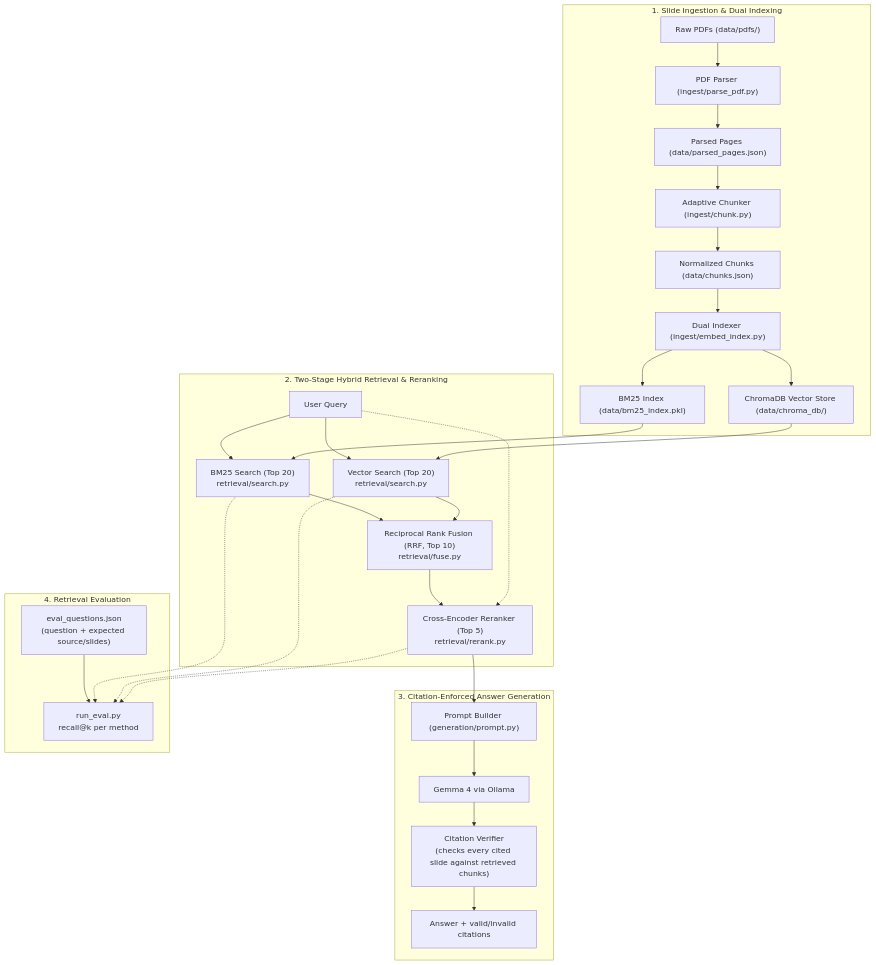
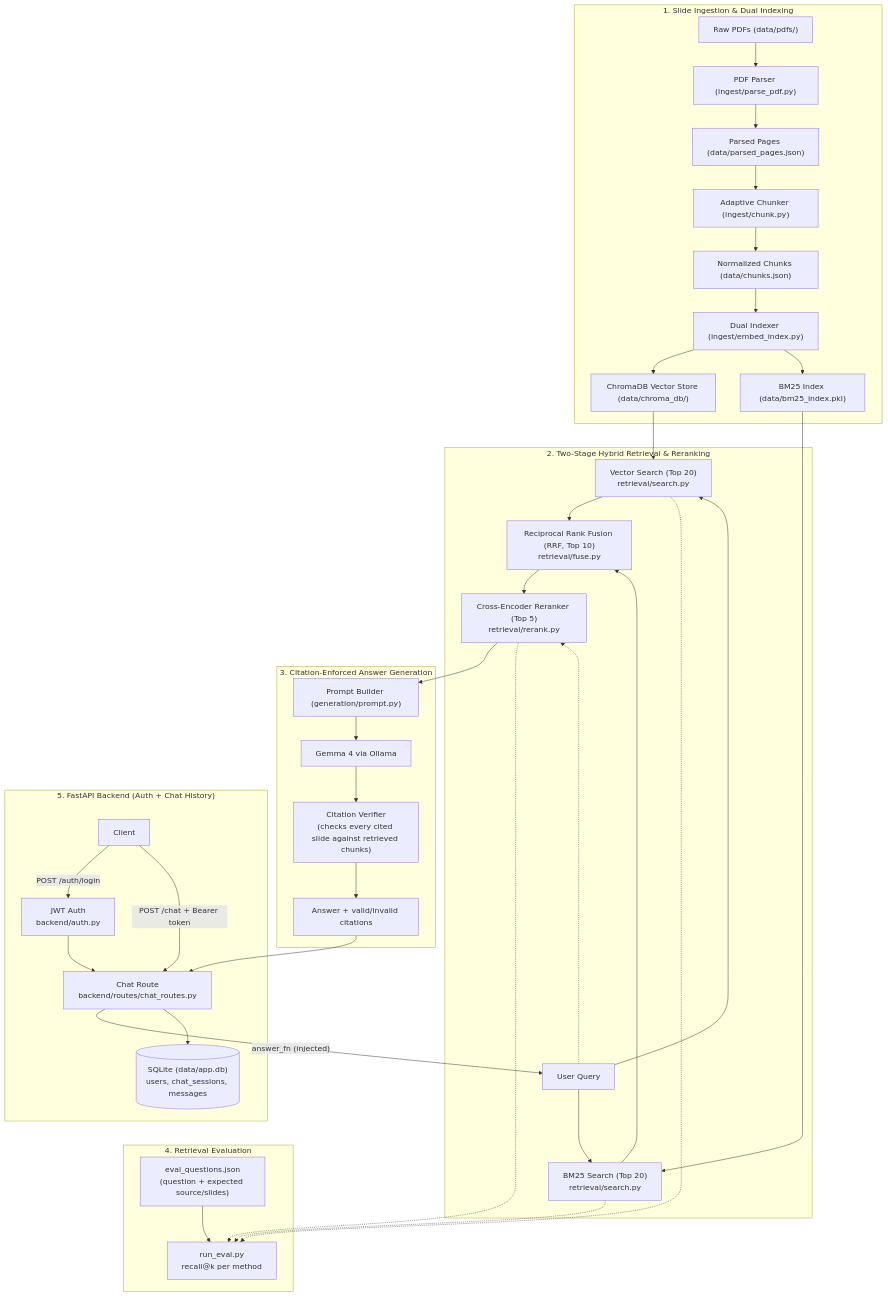
The diagram in README.md (Niyaz05/RAG-with-Hybrid-Search), drawn with Mermaid before and after one commit. The commit also changed other lines of this file, not shown here.

````diff
--- a/README.md
+++ b/README.md
@@ -11,37 +11,46 @@
 ```mermaid
 flowchart TD
     subgraph Ingestion ["1. Slide Ingestion & Dual Indexing"]
         A["Raw PDFs (data/pdfs/)"] --> B["PDF Parser (ingest/parse_pdf.py)"]
         B --> C["Parsed Pages (data/parsed_pages.json)"]
         C --> D["Adaptive Chunker (ingest/chunk.py)"]
         D --> E["Normalized Chunks (data/chunks.json)"]
         E --> F["Dual Indexer (ingest/embed_index.py)"]
         F --> G["ChromaDB Vector Store (data/chroma_db/)"]
         F --> H["BM25 Index (data/bm25_index.pkl)"]
     end
 
     subgraph Retrieval ["2. Two-Stage Hybrid Retrieval & Reranking"]
         Q["User Query"] --> S1["BM25 Search (Top 20)<br/>retrieval/search.py"]
         Q --> S2["Vector Search (Top 20)<br/>retrieval/search.py"]
         H --> S1
         G --> S2
         S1 --> RRF["Reciprocal Rank Fusion (RRF, Top 10)<br/>retrieval/fuse.py"]
         S2 --> RRF
         RRF --> CE["Cross-Encoder Reranker (Top 5)<br/>retrieval/rerank.py"]
         Q -.-> CE
     end
 
     subgraph Generation ["3. Citation-Enforced Answer Generation"]
         CE --> PR["Prompt Builder (generation/prompt.py)"]
         PR --> LLM["Gemma 4 via Ollama"]
         LLM --> VER["Citation Verifier<br/>(checks every cited slide against retrieved chunks)"]
         VER --> ANS["Answer + valid/invalid citations"]
     end
 
     subgraph Evaluation ["4. Retrieval Evaluation"]
         EQ["eval_questions.json<br/>(question + expected source/slides)"] --> EV["run_eval.py<br/>recall@k per method"]
         S1 -.-> EV
         S2 -.-> EV
         CE -.-> EV
     end
+
+    subgraph Backend ["5. FastAPI Backend (Auth + Chat History)"]
+        CL["Client"] -->|"POST /auth/login"| AUTH["JWT Auth<br/>backend/auth.py"]
+        CL -->|"POST /chat + Bearer token"| CHAT["Chat Route<br/>backend/routes/chat_routes.py"]
+        AUTH --> CHAT
+        CHAT -->|"answer_fn (injected)"| Q
+        ANS --> CHAT
+        CHAT --> DB[("SQLite (data/app.db)<br/>users, chat_sessions, messages")]
+    end
 ```
````
